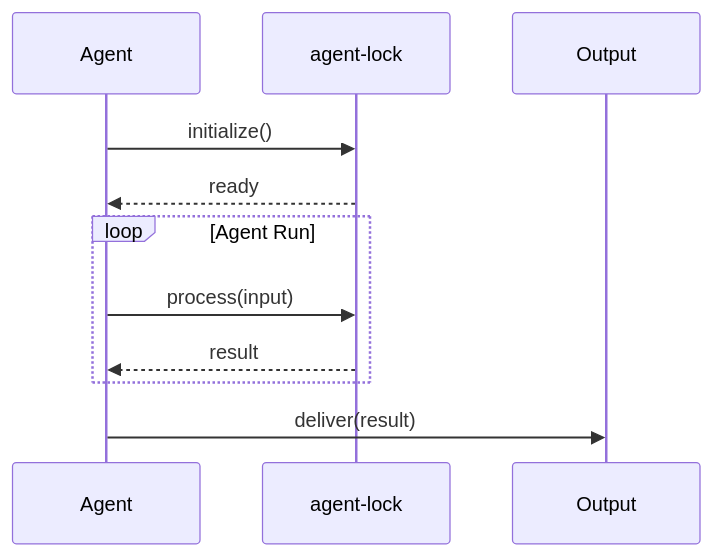
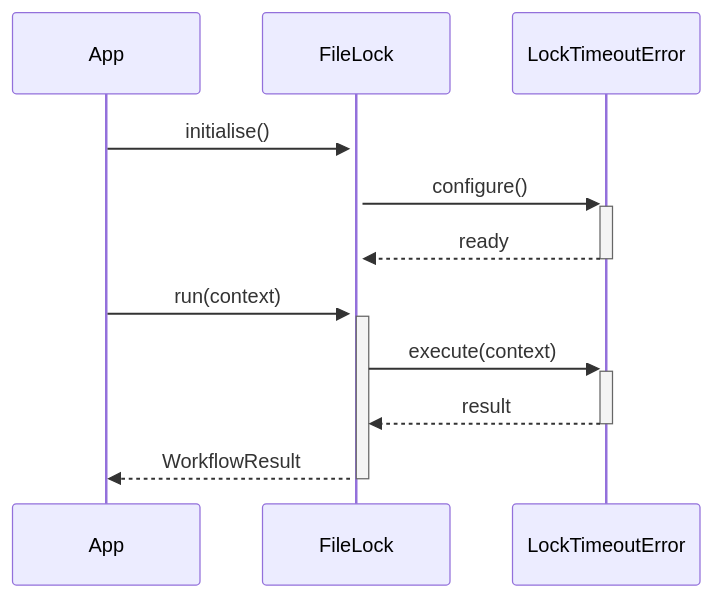
The second of 2 diagrams in README.md (darshjme/agent-lock), drawn with Mermaid before and after one commit. The commit also changed other lines of this file and 1 other file, not shown here.

````diff
--- a/README.md
+++ b/README.md
@@ -72,16 +92,14 @@
 ```mermaid
 sequenceDiagram
-    participant Agent
-    participant AgentLock as agent-lock
-    participant Output
+    participant App
+    participant FileLock
+    participant LockTimeoutError
 
-    Agent->>AgentLock: initialize()
-    AgentLock-->>Agent: ready
-
-    loop Agent Run
-        Agent->>AgentLock: process(input)
-        AgentLock-->>Agent: result
-    end
-
-    Agent->>Output: deliver(result)
+    App->>+FileLock: initialise()
+    FileLock->>+LockTimeoutError: configure()
+    LockTimeoutError-->>-FileLock: ready
+    App->>+FileLock: run(context)
+    FileLock->>+LockTimeoutError: execute(context)
+    LockTimeoutError-->>-FileLock: result
+    FileLock-->>-App: WorkflowResult
 ```
````
